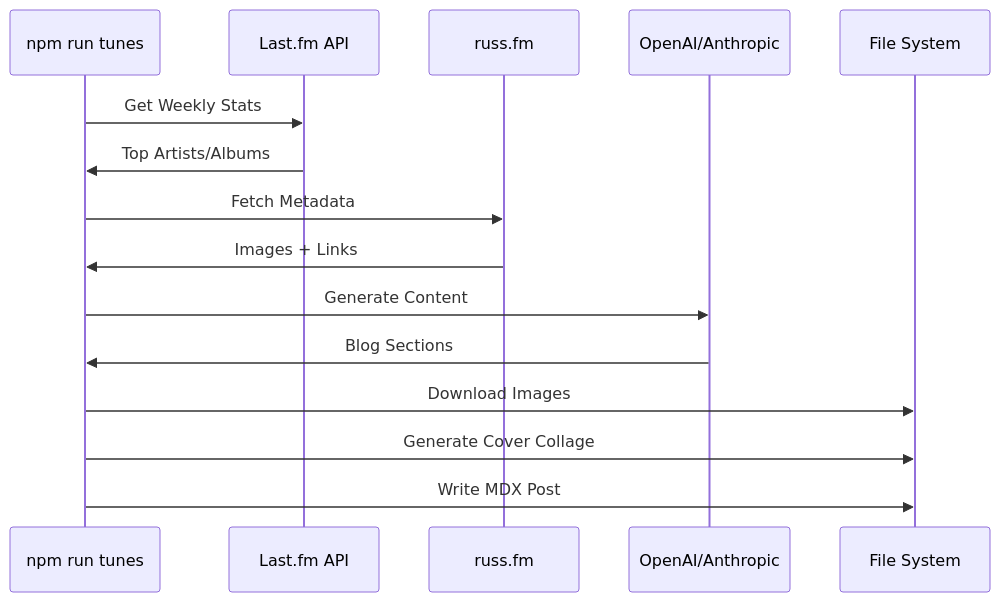
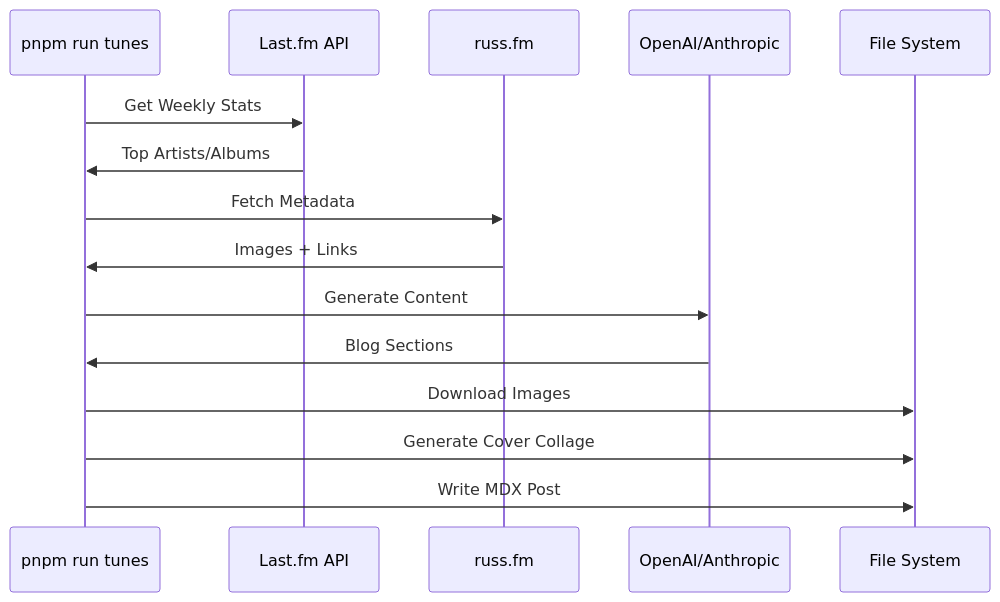
One commit to russmckendrick/blog changed the third of 12 diagrams in docs/architecture/overview.md. Above: the diagram before and after it, drawn with Mermaid. The commit also changed other lines of this file and 10 other files, not shown here.

Commit message:
✨ Update documentation to include new scripts reference and enhance guides for improved clarity. Replace npm commands with pnpm for consistency across all documentation. Add new commands for link auditing and color extraction.

````diff
--- a/docs/architecture/overview.md
+++ b/docs/architecture/overview.md
@@ -98,18 +98,18 @@
 ```mermaid
 sequenceDiagram
-    participant CLI as npm run tunes
+    participant CLI as pnpm run tunes
     participant LastFM as Last.fm API
     participant Collection as russ.fm
     participant AI as OpenAI/Anthropic
     participant Files as File System
 
     CLI->>LastFM: Get Weekly Stats
     LastFM->>CLI: Top Artists/Albums
     CLI->>Collection: Fetch Metadata
     Collection->>CLI: Images + Links
     CLI->>AI: Generate Content
     AI->>CLI: Blog Sections
     CLI->>Files: Download Images
     CLI->>Files: Generate Cover Collage
     CLI->>Files: Write MDX Post
 ```
````
